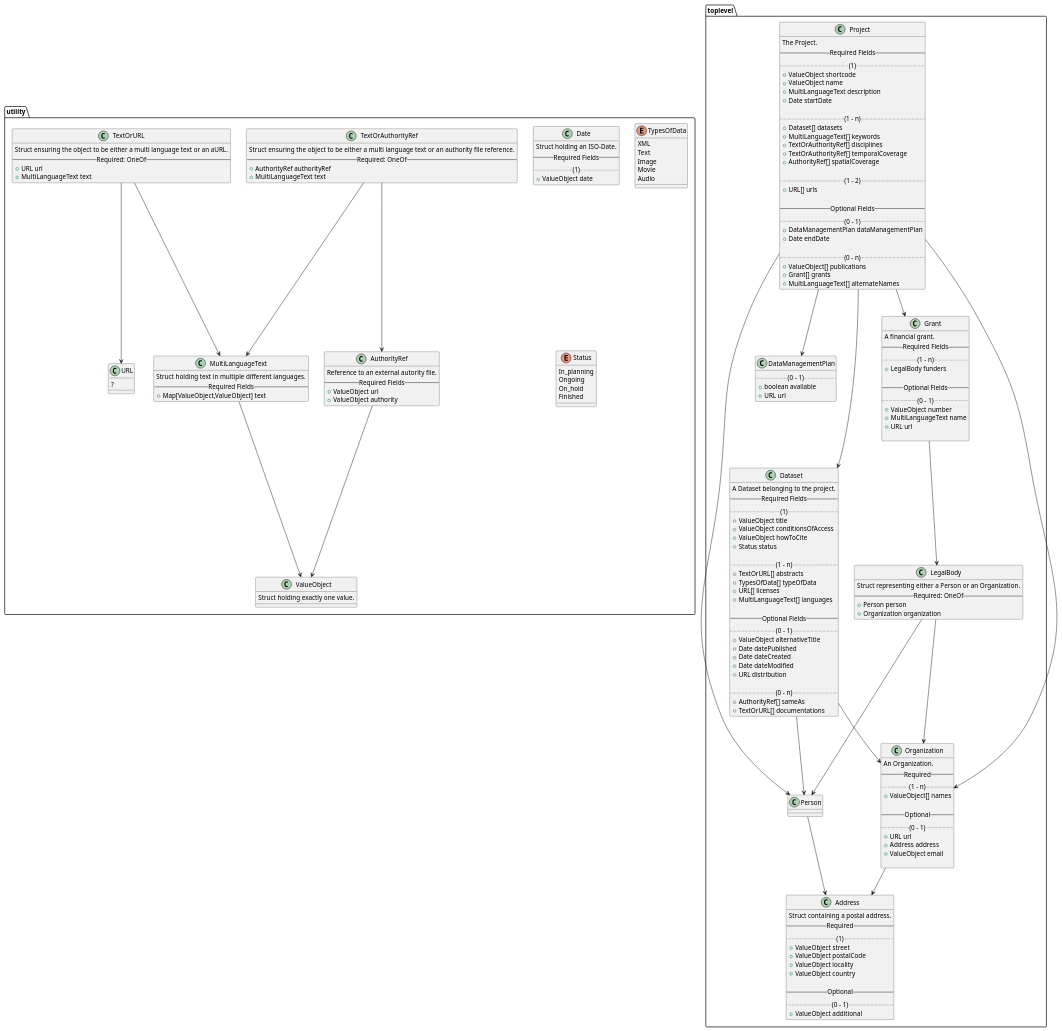
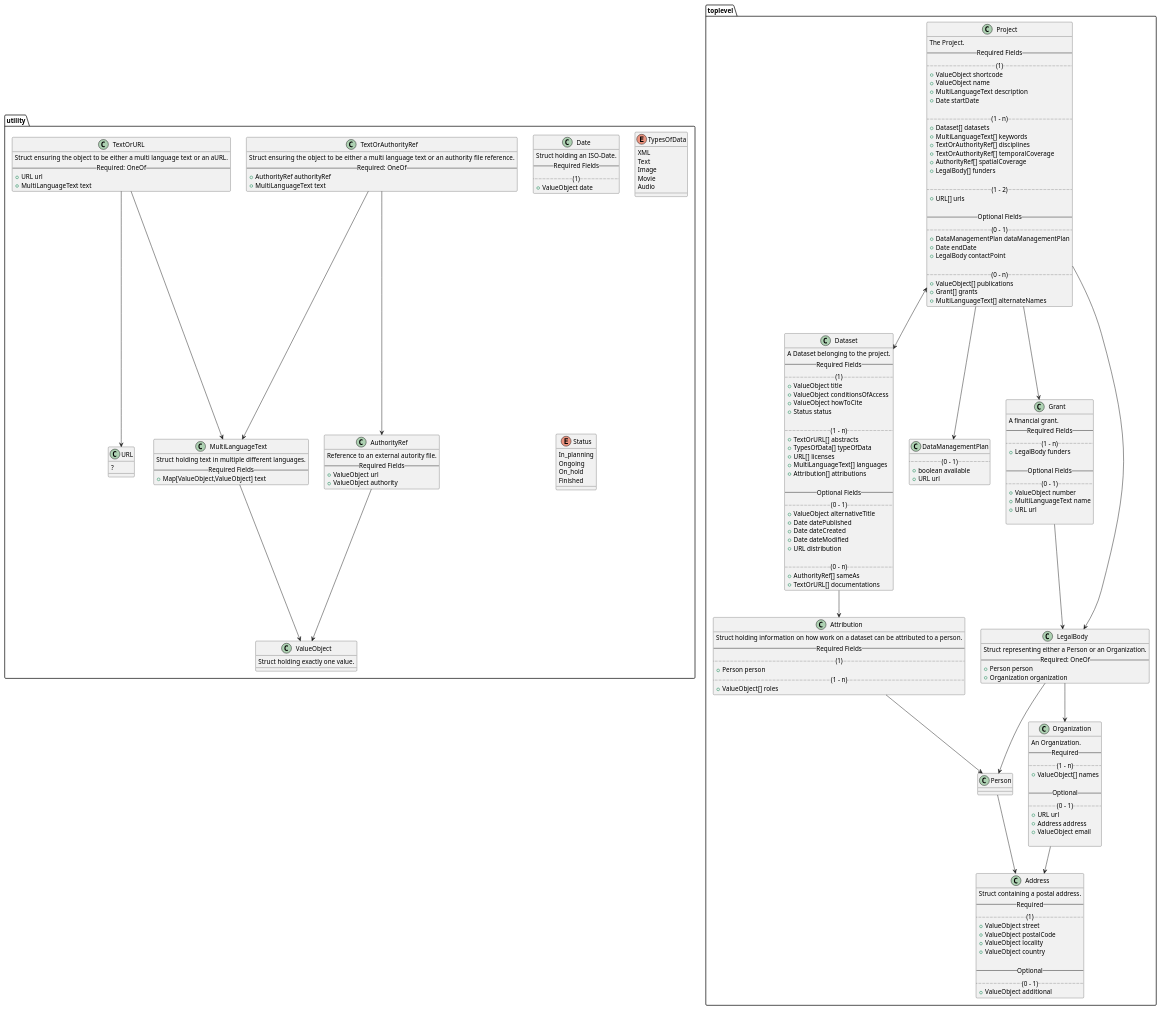
The diagram in docs/services/metadata/domain-entities.puml (dasch-swiss/dasch-service-platform), drawn with PlantUML before and after one commit. The commit also changed 5 other files, not shown here.

Commit message:
docs(metadata): add funder and contact point to project

```diff
--- a/docs/services/metadata/domain-entities.puml
+++ b/docs/services/metadata/domain-entities.puml
@@ -16,6 +16,7 @@
     +TextOrAuthorityRef[] disciplines
     +TextOrAuthorityRef[] temporalCoverage
     +AuthorityRef[] spatialCoverage
+    +LegalBody[] funders
 
     .. (1 - 2) ..
     +URL[] urls
@@ -25,6 +26,7 @@
     .. (0 - 1) ..
     +DataManagementPlan dataManagementPlan
     +Date endDate
+    +LegalBody contactPoint
 
     .. (0 - n) ..
     +ValueObject[] publications
@@ -47,6 +49,7 @@
     +TypesOfData[] typeOfData
     +URL[] licenses
     +MultiLanguageText[] languages
+    +Attribution[] attributions
 
     -- Optional Fields --
     .. (0 - 1) ..
@@ -125,6 +128,15 @@
     +ValueObject additional
     ' TODO: does that make sense like this?
   }
+
+  class Attribution {
+    Struct holding information on how work on a dataset can be attributed to a person.
+    -- Required Fields --
+    .. (1) ..
+    +Person person
+    .. (1 - n) ..
+    +ValueObject[] roles
+  }
   
 
 }
@@ -197,13 +209,12 @@
 }
 
 
-Project --> Dataset
+Project <--> Dataset
 Project --> DataManagementPlan
 Project --> Grant
-Project --> Person
-Project --> Organization
-Dataset --> Person
-Dataset --> Organization
+Project --> LegalBody
+Dataset --> Attribution
+Attribution --> Person
 Grant --> LegalBody
 LegalBody --> Person
 LegalBody --> Organization
```
